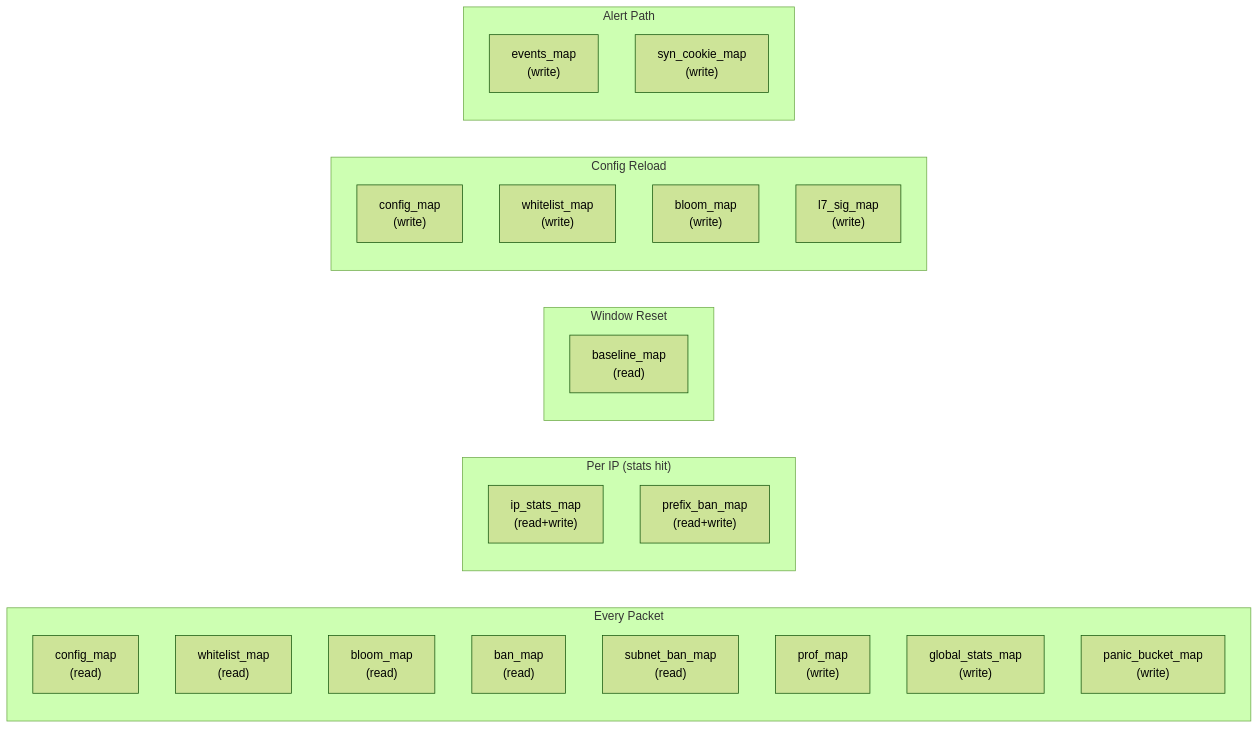
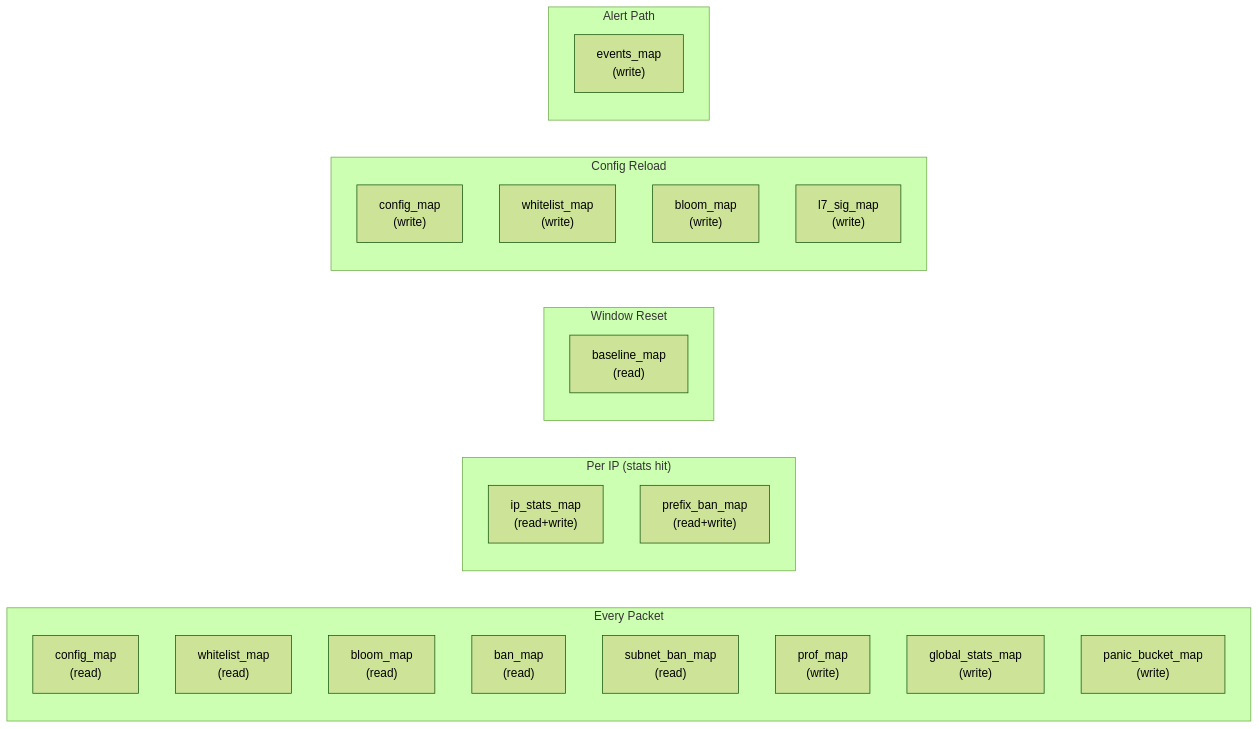
The diagram in docs/openshield-xdp/architecture/maps.md (AnAverageBeing/pingless-studios-docs), drawn with Mermaid (forest theme) before and after one commit. The commit also changed other lines of this file and 23 other files, not shown here.

Commit message:
docs(openshield-xdp): scalar rate-based SYN protection, freplace opt-in (kernel >=6.10), 5.15 support floor, remove syn_cookie_map

````diff
--- a/docs/openshield-xdp/architecture/maps.md
+++ b/docs/openshield-xdp/architecture/maps.md
@@ -355,34 +340,33 @@
 ```mermaid
 flowchart LR
     subgraph "Every Packet"
         CFG["config_map<br/>(read)"] 
         WL["whitelist_map<br/>(read)"]
         BLOOM["bloom_map<br/>(read)"]
         BAN["ban_map<br/>(read)"]
         SUBNET["subnet_ban_map<br/>(read)"]
         PROF["prof_map<br/>(write)"]
         GLOBAL["global_stats_map<br/>(write)"]
         PANIC["panic_bucket_map<br/>(write)"]
     end
 
     subgraph "Per IP (stats hit)"
         IPSTATS["ip_stats_map<br/>(read+write)"]
         PREFIX["prefix_ban_map<br/>(read+write)"]
     end
 
     subgraph "Window Reset"
         BASELINE["baseline_map<br/>(read)"]
     end
 
     subgraph "Config Reload"
         CFG_W["config_map<br/>(write)"]
         WL_W["whitelist_map<br/>(write)"]
         BLOOM_W["bloom_map<br/>(write)"]
         L7_W["l7_sig_map<br/>(write)"]
     end
 
     subgraph "Alert Path"
         EVENTS["events_map<br/>(write)"]
-        SYN["syn_cookie_map<br/>(write)"]
     end
 ```
````
